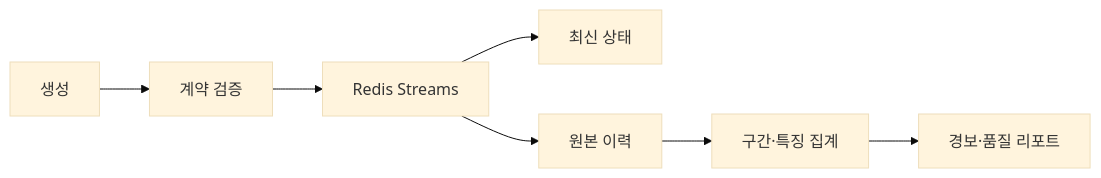
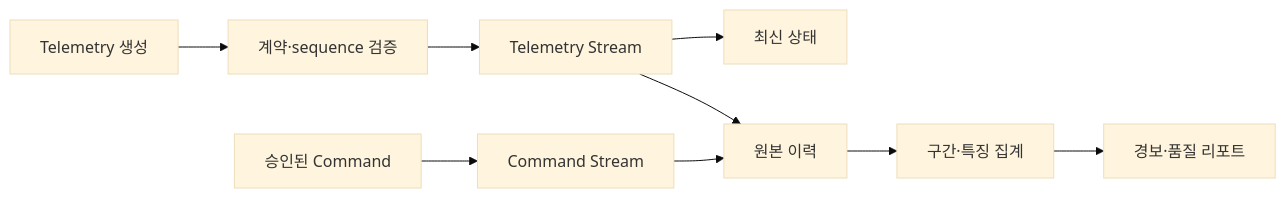
Before and after one commit to croppedeyebrow/Military_Project-AeroOps: the diagram in docs/planning/05_데이터엔지니어링_아키텍처.md, drawn with Mermaid (base theme). The commit also changed other lines of this file and 135 other files, not shown here.

First line of the commit message:
feat: Command/Telemetry 채널 분리 반영, 1~3단계 보정, 4단계(2D 실시간 관제·재동기화) 구현

````diff
--- a/docs/planning/05_데이터엔지니어링_아키텍처.md
+++ b/docs/planning/05_데이터엔지니어링_아키텍처.md
@@ -9,9 +11,11 @@
 ```mermaid
 flowchart LR
-    GEN["생성"] --> CHECK["계약 검증"]
-    CHECK --> STREAM["Redis Streams"]
-    STREAM --> STATE["최신 상태"]
-    STREAM --> RAW["원본 이력"]
+    GEN["Telemetry 생성"] --> CHECK["계약·sequence 검증"]
+    CHECK --> TSTREAM["Telemetry Stream"]
+    CMD["승인된 Command"] --> CSTREAM["Command Stream"]
+    TSTREAM --> STATE["최신 상태"]
+    TSTREAM --> RAW["원본 이력"]
+    CSTREAM --> RAW
     RAW --> FEATURE["구간·특징 집계"]
     FEATURE --> REPORT["경보·품질 리포트"]
 ```
````
